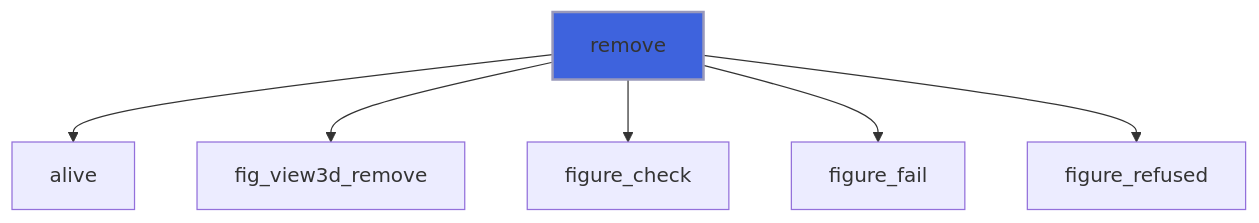
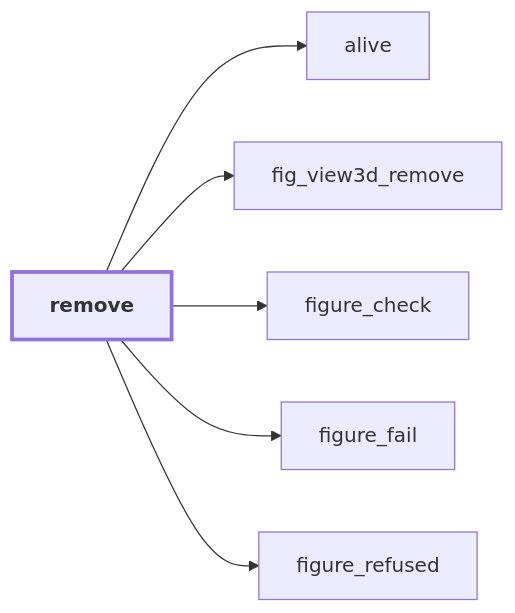
The fifth of 39 diagrams in docs/api/src/lib/figure_view3d.md (szaghi/figure), drawn with Mermaid before and after one commit. The commit also changed other lines of this file and 54 other files, not shown here.

````diff
--- a/docs/api/src/lib/figure_view3d.md
+++ b/docs/api/src/lib/figure_view3d.md
@@ -313,9 +361,15 @@
 ```mermaid
-flowchart TD
+flowchart LR
   remove["remove"] --> alive["alive"]
   remove["remove"] --> fig_view3d_remove["fig_view3d_remove"]
   remove["remove"] --> figure_check["figure_check"]
   remove["remove"] --> figure_fail["figure_fail"]
   remove["remove"] --> figure_refused["figure_refused"]
-  style remove fill:#3e63dd,stroke:#99b,stroke-width:2px
+  classDef focus stroke-width:3px,font-weight:bold
+  class remove focus
+  click figure_refused href "figure_base.html#figure-refused" "figure_refused"
+  click alive href "#alive" "alive"
+  click figure_fail href "figure_base.html#figure-fail" "figure_fail"
+  click figure_check href "figure_base.html#figure-check" "figure_check"
+  click fig_view3d_remove href "#fig-view3d-remove" "fig_view3d_remove"
 ```
````
